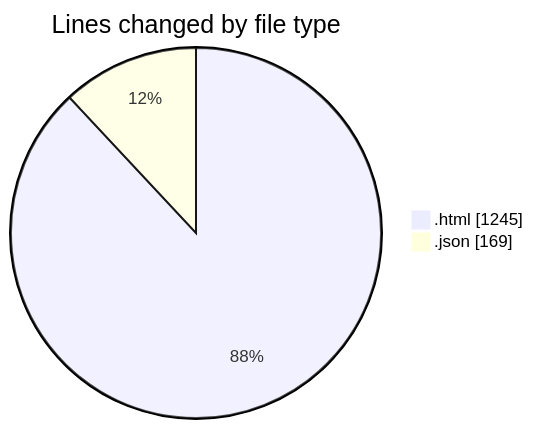
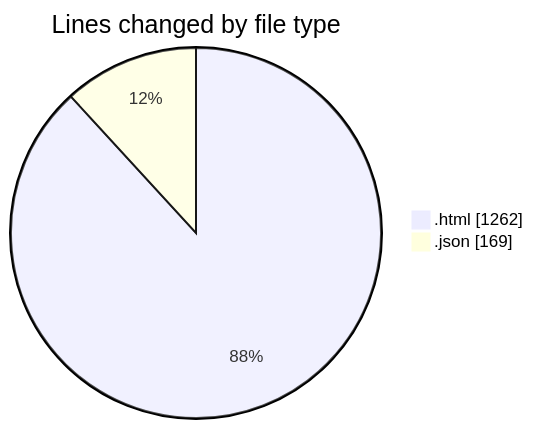
Before and after one commit to Ritupan-Deka/code-tracking: the first of 2 diagrams in 2025-04-27/portfolio/README.md, drawn with Mermaid. The commit also changed other lines of this file and 1 other file, not shown here.

````diff
--- a/2025-04-27/portfolio/README.md
+++ b/2025-04-27/portfolio/README.md
@@ -21,6 +21,6 @@
 ```mermaid
 pie showData
 title Lines changed by file type
-".html" : 1245
+".html" : 1262
 ".json" : 169
 ```
````
